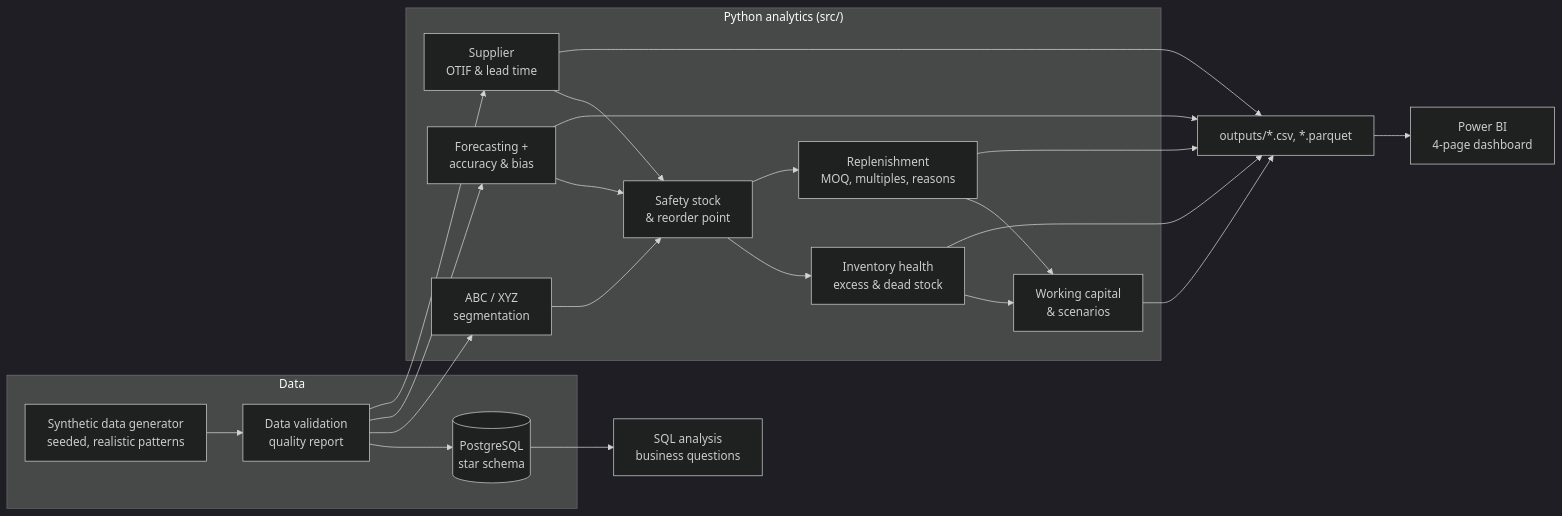
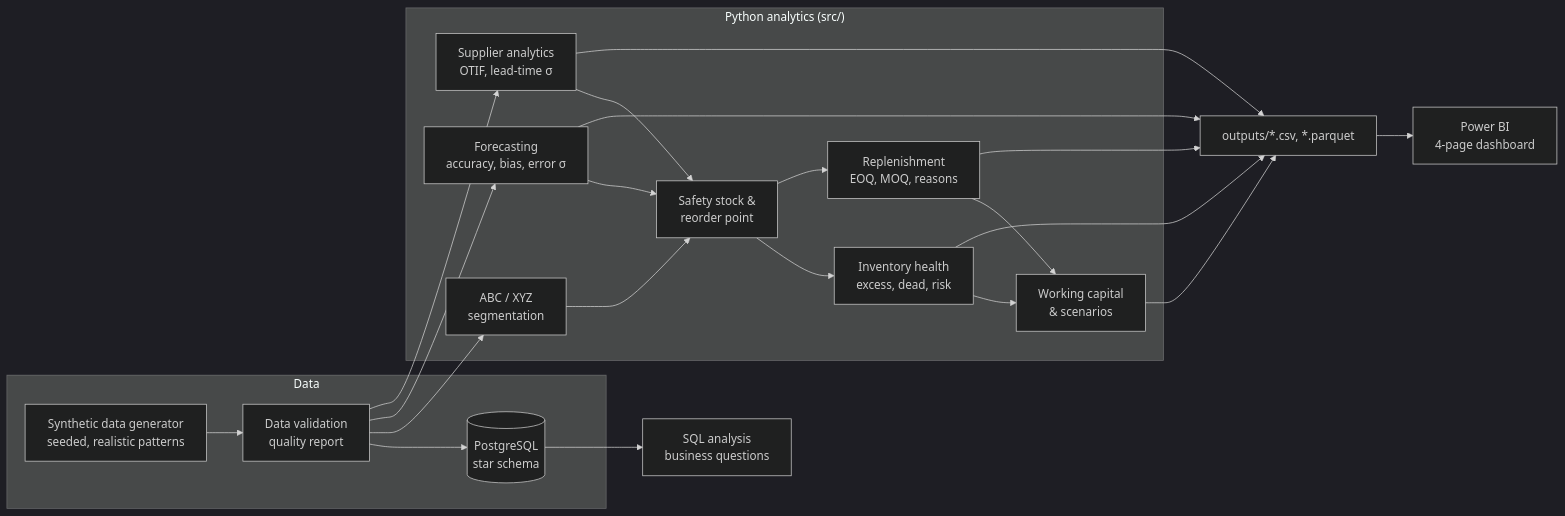
One commit to Kadujay/Retail-Demand-Planning-SQL-Analysis changed the diagram in README.md. Above: the diagram before and after it, drawn with Mermaid (dark theme). The commit also changed other lines of this file and 25 other files, not shown here.

````diff
--- a/README.md
+++ b/README.md
@@ -74,22 +104,22 @@
 ```mermaid
 flowchart LR
     subgraph Data
         G[Synthetic data generator<br/>seeded, realistic patterns] --> V[Data validation<br/>quality report]
         V --> PG[(PostgreSQL<br/>star schema)]
     end
     subgraph Analytics["Python analytics (src/)"]
         V --> C[ABC / XYZ<br/>segmentation]
-        V --> F[Forecasting +<br/>accuracy & bias]
-        V --> S[Supplier<br/>OTIF & lead time]
-        C --> SS[Safety stock<br/>& reorder point]
+        V --> F[Forecasting<br/>accuracy, bias, error σ]
+        V --> S[Supplier analytics<br/>OTIF, lead-time σ]
+        C --> SS[Safety stock &<br/>reorder point]
         F --> SS
         S --> SS
-        SS --> H[Inventory health<br/>excess & dead stock]
-        SS --> R[Replenishment<br/>MOQ, multiples, reasons]
+        SS --> H[Inventory health<br/>excess, dead, risk]
+        SS --> R[Replenishment<br/>EOQ, MOQ, reasons]
         H --> W[Working capital<br/>& scenarios]
         R --> W
     end
     PG --> Q[SQL analysis<br/>business questions]
     H & R & S & F & W --> O[outputs/*.csv, *.parquet]
     O --> BI[Power BI<br/>4-page dashboard]
 ```
````
